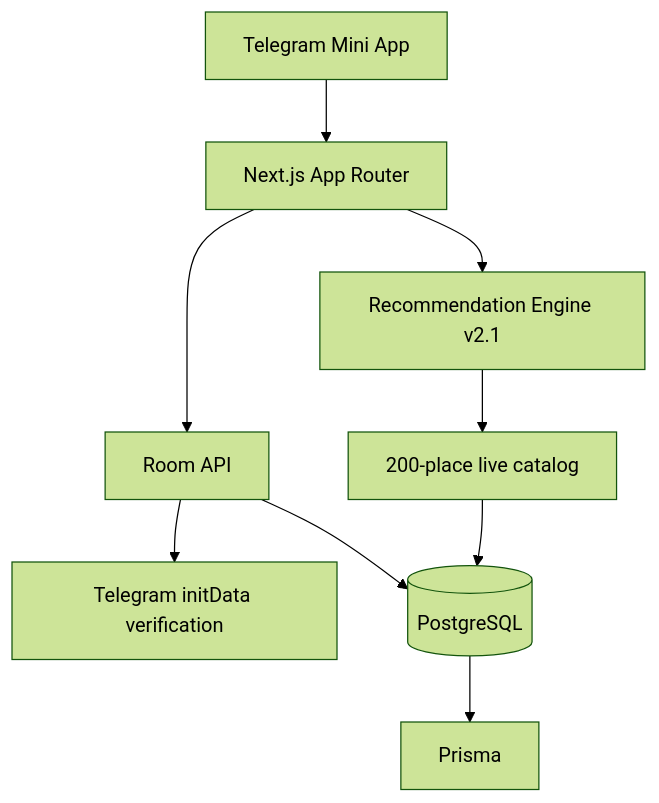
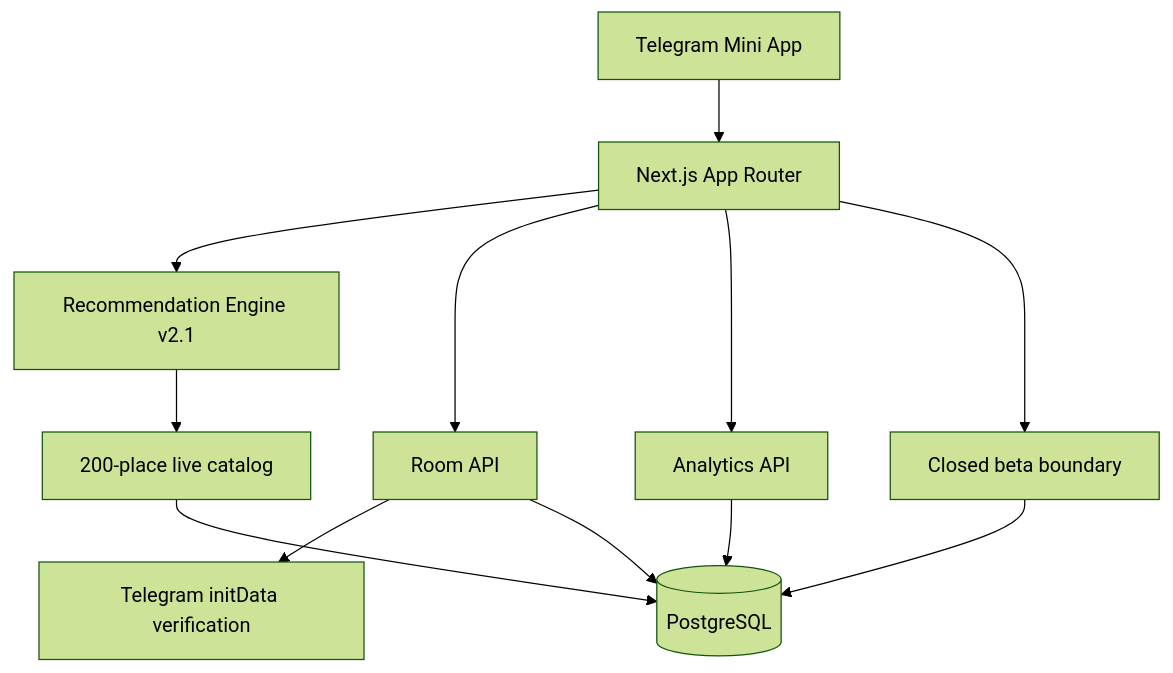
Before and after one commit to richmanstudio/kudaidem: the diagram in README.md, drawn with Mermaid (forest theme). The commit also changed other lines of this file and 26 other files, not shown here.

First line of the commit message:
Stage 7: Analytics + Closed Beta

````diff
--- a/README.md
+++ b/README.md
@@ -77,11 +72,14 @@
 ```mermaid
 flowchart TD
     TG[Telegram Mini App] --> NX[Next.js App Router]
     NX --> REC[Recommendation Engine v2.1]
     REC --> CAT[200-place live catalog]
     NX --> ROOM[Room API]
     ROOM --> ID[Telegram initData verification]
-    ROOM --> PG[(PostgreSQL)]
-    PG --> PR[Prisma]
+    NX --> AN[Analytics API]
+    NX --> BETA[Closed beta boundary]
+    AN --> PG[(PostgreSQL)]
+    ROOM --> PG
+    BETA --> PG
     CAT --> PG
 ```
````
